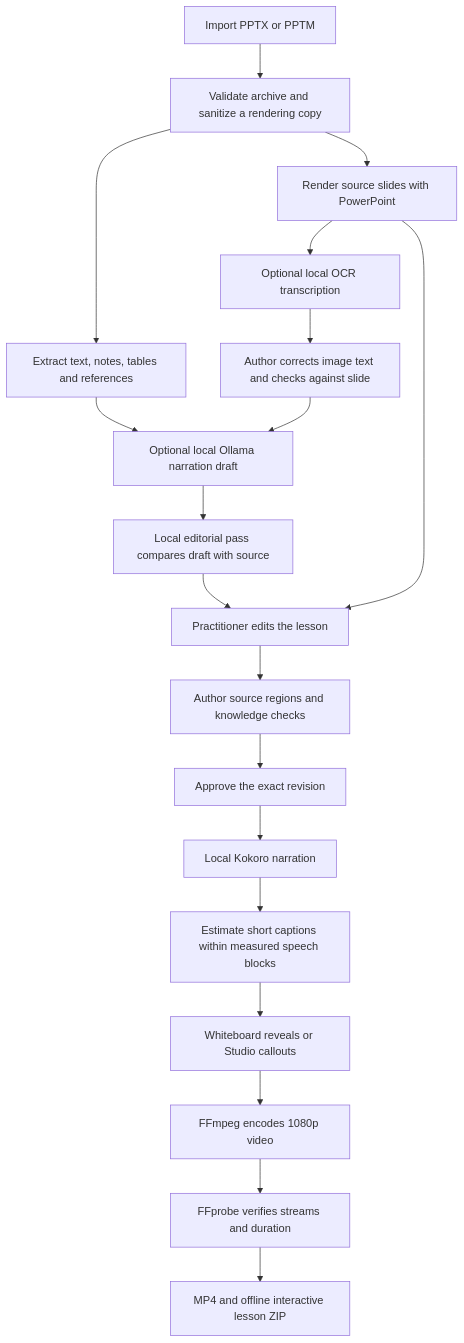
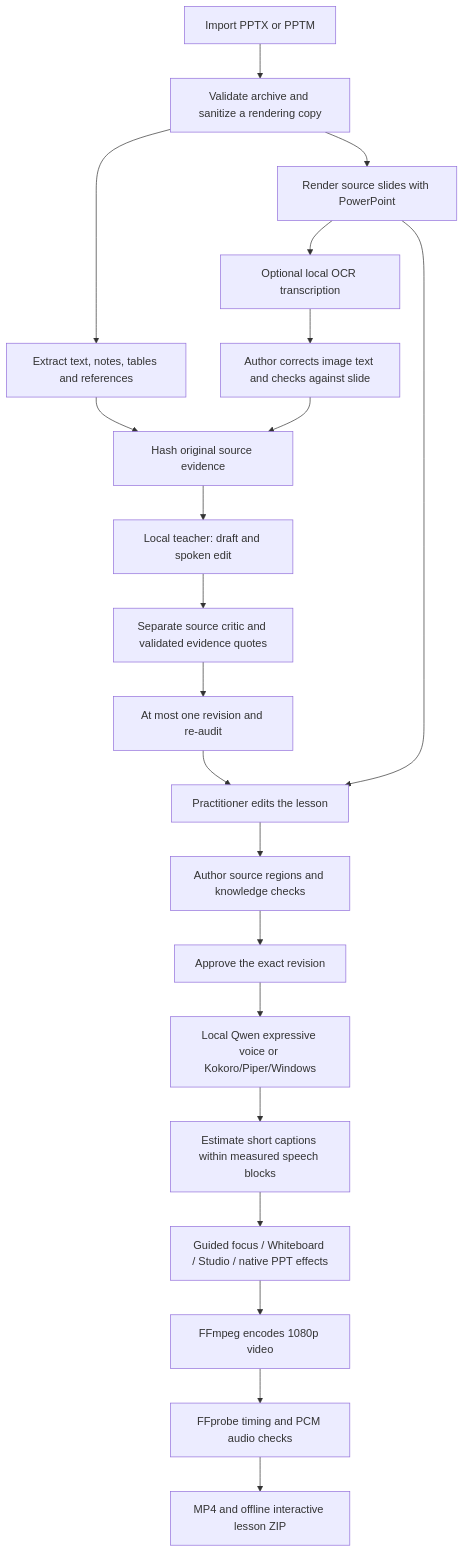
One commit to tasnimuldatascience/narrate-medical-studio changed the diagram in docs/PIPELINE.md. Above: the diagram before and after it, drawn with Mermaid. The commit also changed other lines of this file and 36 other files, not shown here.

Commit message:
Add offline expressive voice, evaluated drafting and animated slide previews

````diff
--- a/docs/PIPELINE.md
+++ b/docs/PIPELINE.md
@@ -5,21 +5,23 @@
 ```mermaid
 flowchart TD
     A[Import PPTX or PPTM] --> B[Validate archive and sanitize a rendering copy]
     B --> C[Extract text, notes, tables and references]
     B --> D[Render source slides with PowerPoint]
     D --> O[Optional local OCR transcription]
     O --> P[Author corrects image text and checks against slide]
-    C --> E[Optional local Ollama narration draft]
+    C --> E[Hash original source evidence]
     P --> E
-    E --> Q[Local editorial pass compares draft with source]
+    E --> T[Local teacher: draft and spoken edit]
+    T --> Q[Separate source critic and validated evidence quotes]
+    Q --> R[At most one revision and re-audit]
     D --> F[Practitioner edits the lesson]
-    Q --> F
+    R --> F
     F --> G[Author source regions and knowledge checks]
     G --> H[Approve the exact revision]
-    H --> I[Local Kokoro narration]
+    H --> I[Local Qwen expressive voice or Kokoro/Piper/Windows]
     I --> J[Estimate short captions within measured speech blocks]
-    J --> K[Whiteboard reveals or Studio callouts]
+    J --> K[Guided focus / Whiteboard / Studio / native PPT effects]
     K --> L[FFmpeg encodes 1080p video]
-    L --> M[FFprobe verifies streams and duration]
+    L --> M[FFprobe timing and PCM audio checks]
     M --> N[MP4 and offline interactive lesson ZIP]
 ```
````
